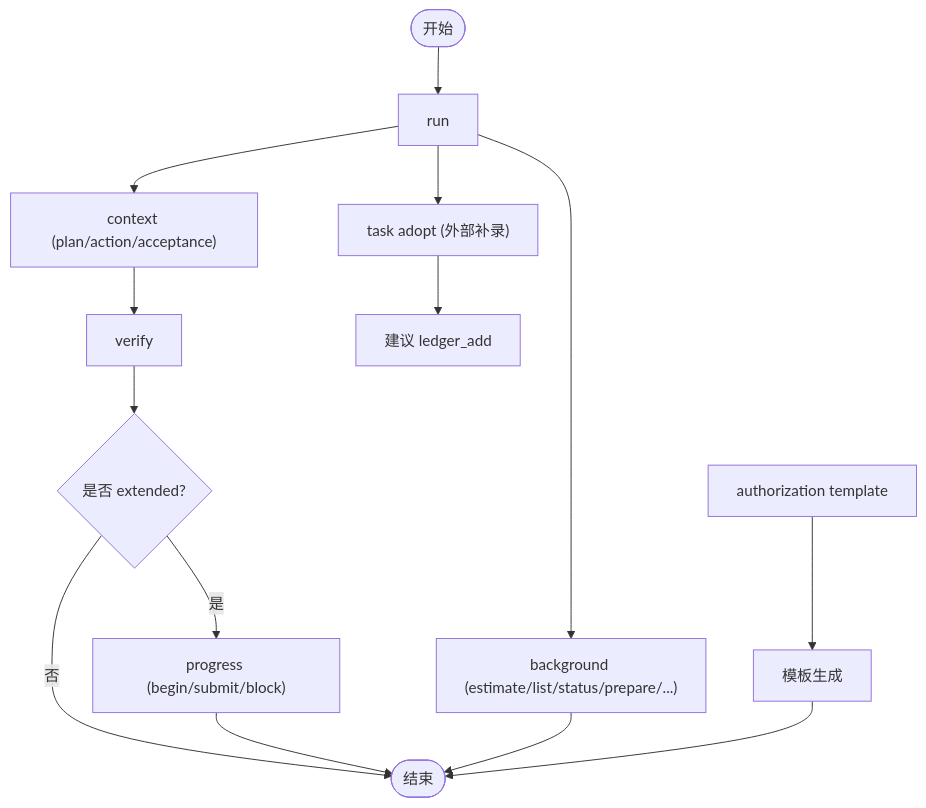
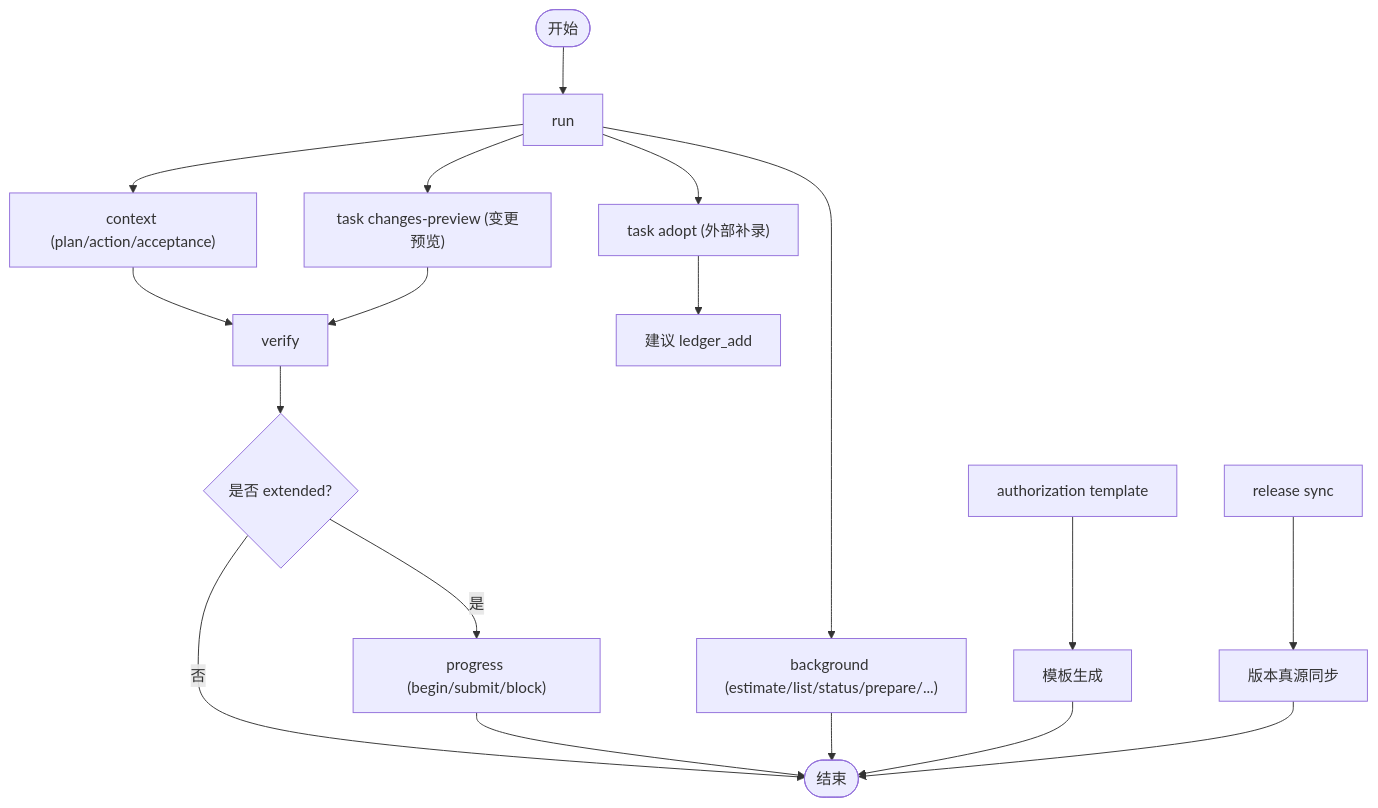
Before and after one commit to HackSing/docs-harness: the third of 3 diagrams in .qoder/repowiki/zh/content/API参考/CLI命令参考/CLI命令参考.md, drawn with Mermaid. The commit also changed other lines of this file and 45 other files, not shown here.

First line of the commit message:
feat(harness): v1.7.6 按变更面选择验证强度、git_commit 受控意图与关键词 Gate 路由移除

````diff
--- a/.qoder/repowiki/zh/content/API参考/CLI命令参考/CLI命令参考.md
+++ b/.qoder/repowiki/zh/content/API参考/CLI命令参考/CLI命令参考.md
@@ -422,16 +475,20 @@
 ```mermaid
 flowchart TD
 Start(["开始"]) --> Run["run"]
 Run --> Context["context (plan/action/acceptance)"]
 Context --> Verify["verify"]
 Verify --> Progress{"是否 extended?"}
 Progress --> |是| Prog["progress (begin/submit/block)"]
 Progress --> |否| End(["结束"])
 Prog --> End
 Run --> BG["background (estimate/list/status/prepare/...)"]
 BG --> End
 Run --> TaskAdopt["task adopt (外部补录)"]
 TaskAdopt --> LedgerAdd["建议 ledger_add"]
+Run --> ChangesPreview["task changes-preview (变更预览)"]
+ChangesPreview --> Verify
 Authorization["authorization template"] --> TemplateGen["模板生成"]
 TemplateGen --> End
+Release["release sync"] --> VersionSync["版本真源同步"]
+VersionSync --> End
 ```
````
